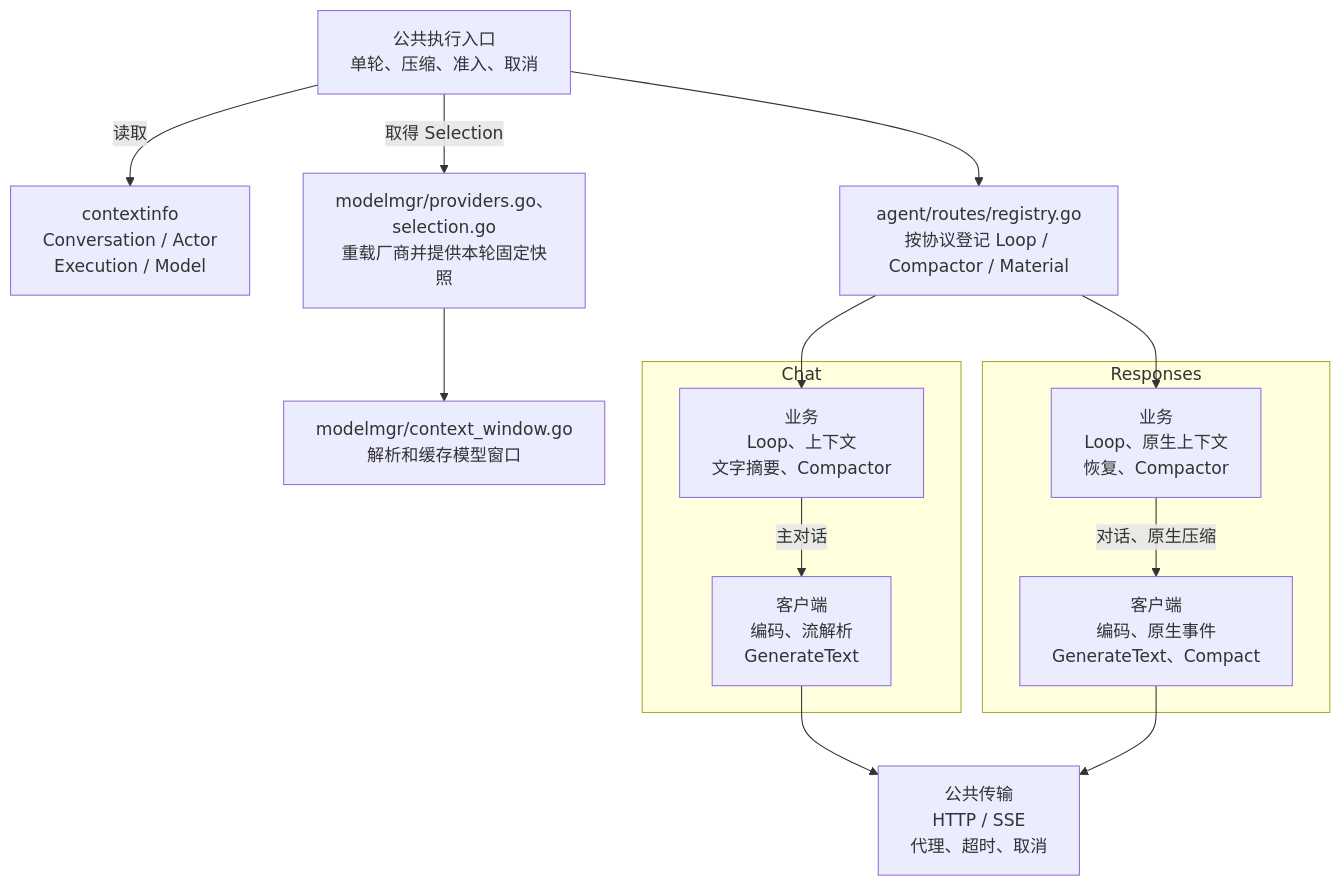
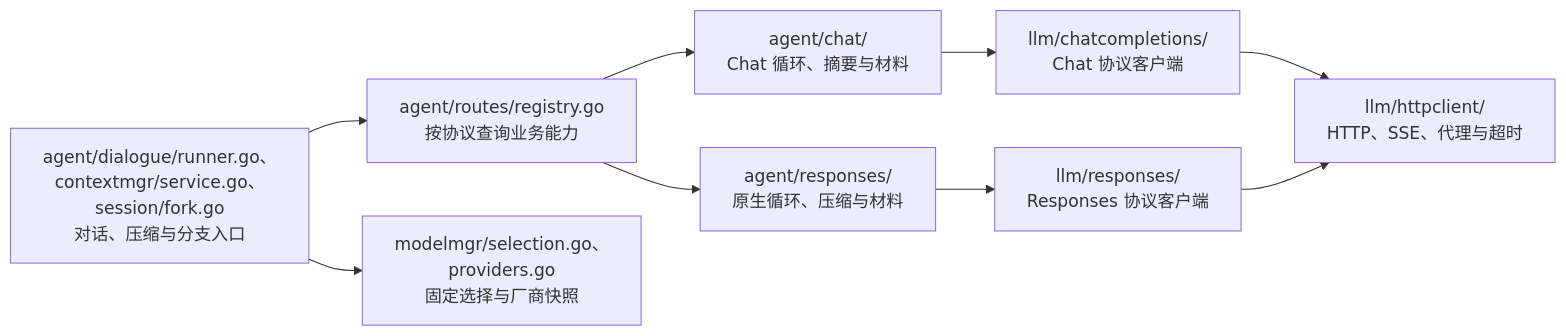
The second of 6 diagrams in devdocs/architecture.md (Elflare/elbot), drawn with Mermaid before and after one commit. The commit also changed other lines of this file and 3 other files, not shown here.

````diff
--- a/devdocs/architecture.md
+++ b/devdocs/architecture.md
@@ -164,32 +120,10 @@
 ```mermaid
-flowchart TB
-    ENTRY["公共执行入口<br/>单轮、压缩、准入、取消"]
-    INFO["contextinfo<br/>Conversation / Actor<br/>Execution / Model"]
-    BIND["agent/routes/registry.go<br/>按协议登记 Loop / Compactor / Material"]
-    MODELS["modelmgr/providers.go、selection.go<br/>重载厂商并提供本轮固定快照"]
-    WINDOW["modelmgr/context_window.go<br/>解析和缓存模型窗口"]
-
-    ENTRY -->|"读取"| INFO
-    ENTRY -->|"取得 Selection"| MODELS
-    MODELS --> WINDOW
-    ENTRY --> BIND
-
-    subgraph CHAT["Chat"]
-        CB["业务<br/>Loop、上下文<br/>文字摘要、Compactor"]
-        CC["客户端<br/>编码、流解析<br/>GenerateText"]
-        CB -->|"主对话"| CC
-    end
-
-    subgraph RESPONSE["Responses"]
-        RB["业务<br/>Loop、原生上下文<br/>恢复、Compactor"]
-        RC["客户端<br/>编码、原生事件<br/>GenerateText、Compact"]
-        RB -->|"对话、原生压缩"| RC
-    end
-
-    BIND --> CB
-    BIND --> RB
-
-    HTTP["公共传输<br/>HTTP / SSE<br/>代理、超时、取消"]
-    CC --> HTTP
-    RC --> HTTP
+flowchart LR
+    E["agent/dialogue/runner.go、contextmgr/service.go、session/fork.go<br/>对话、压缩与分支入口"] --> R["agent/routes/registry.go<br/>按协议查询业务能力"]
+    E --> M["modelmgr/selection.go、providers.go<br/>固定选择与厂商快照"]
+    R --> C["agent/chat/<br/>Chat 循环、摘要与材料"]
+    R --> N["agent/responses/<br/>原生循环、压缩与材料"]
+    C --> CC["llm/chatcompletions/<br/>Chat 协议客户端"]
+    N --> NC["llm/responses/<br/>Responses 协议客户端"]
+    CC & NC --> H["llm/httpclient/<br/>HTTP、SSE、代理与超时"]
 ```
````
